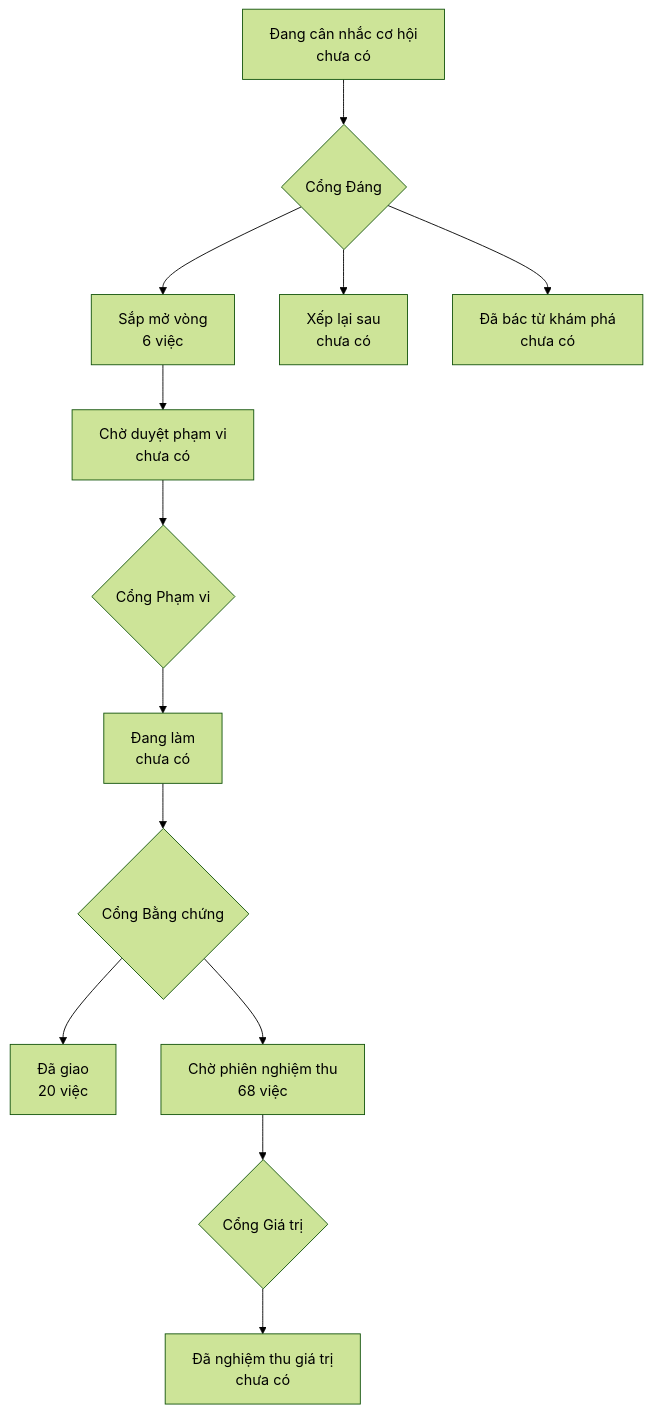
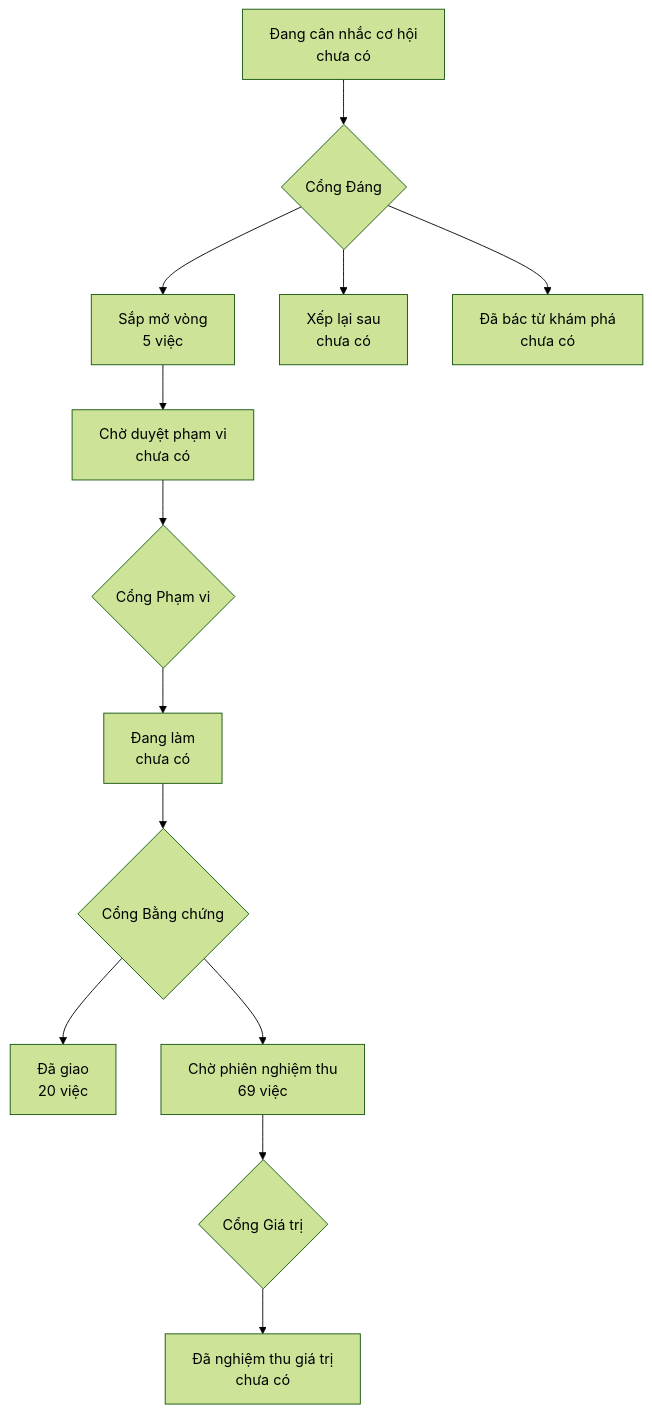
Before and after one commit to phanlemanh/onehub-quy-hang: the diagram in PRODUCT-MAP.md, drawn with Mermaid (forest theme). The commit also changed 1 other file, not shown here.

Commit message:
chore: vẽ lại bản đồ sản phẩm và lộ trình sau gộp main

````diff
--- a/PRODUCT-MAP.md
+++ b/PRODUCT-MAP.md
@@ -7,12 +7,12 @@
 ```mermaid
 flowchart TD
   A["Đang cân nhắc cơ hội<br/>chưa có"] --> GD{"Cổng Đáng"}
-  GD --> B["Sắp mở vòng<br/>6 việc"]
+  GD --> B["Sắp mở vòng<br/>5 việc"]
   GD --> XL["Xếp lại sau<br/>chưa có"]
   GD --> DB["Đã bác từ khám phá<br/>chưa có"]
   B --> CD["Chờ duyệt phạm vi<br/>chưa có"] --> GP{"Cổng Phạm vi"}
   GP --> DL["Đang làm<br/>chưa có"] --> GB{"Cổng Bằng chứng"}
   GB --> DG["Đã giao<br/>20 việc"]
-  GB --> CN["Chờ phiên nghiệm thu<br/>68 việc"] --> GG{"Cổng Giá trị"}
+  GB --> CN["Chờ phiên nghiệm thu<br/>69 việc"] --> GG{"Cổng Giá trị"}
   GG --> NT["Đã nghiệm thu giá trị<br/>chưa có"]
 ```
````
